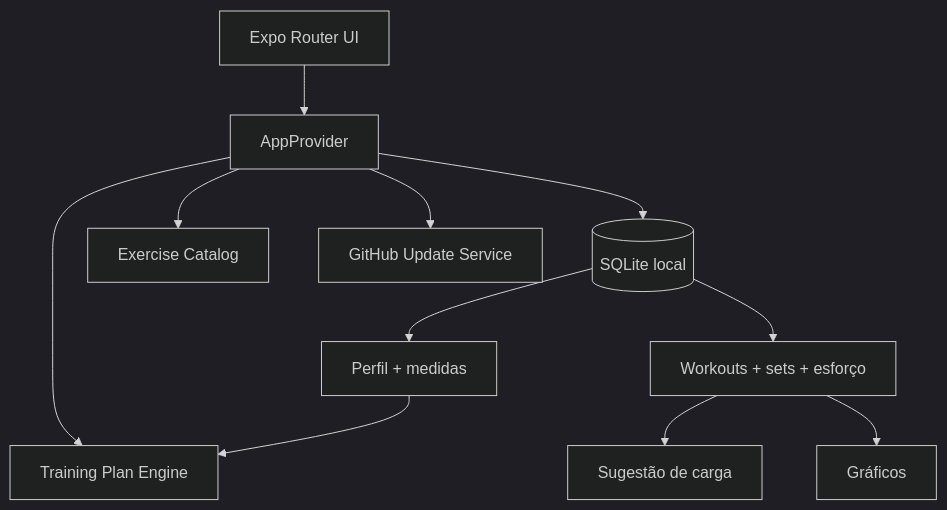
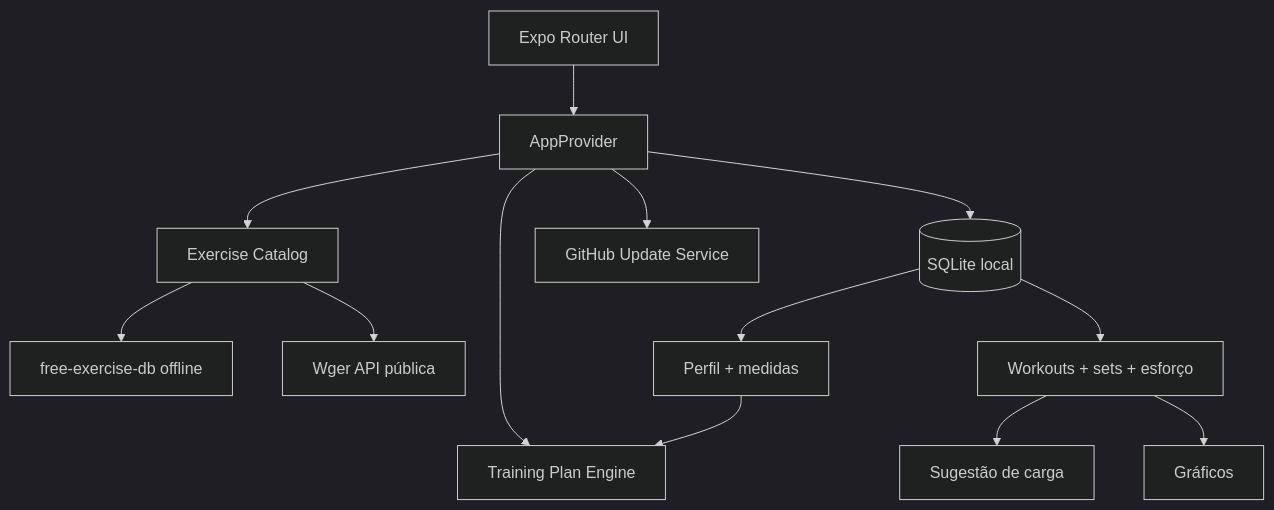
Before and after one commit to RaphaelTW/neolift-mobile: the diagram in README.md, drawn with Mermaid (dark theme). The commit also changed other lines of this file and 31 other files, not shown here.

````diff
--- a/README.md
+++ b/README.md
@@ -80,13 +96,15 @@
 ```mermaid
 flowchart TD
   UI[Expo Router UI] --> CTX[AppProvider]
   CTX --> DB[(SQLite local)]
   CTX --> PLAN[Training Plan Engine]
   CTX --> CAT[Exercise Catalog]
+  CAT --> FREE[free-exercise-db offline]
+  CAT --> WGER[Wger API pública]
   CTX --> UPD[GitHub Update Service]
   DB --> PROFILE[Perfil + medidas]
   DB --> WORKOUT[Workouts + sets + esforço]
   WORKOUT --> LOAD[Sugestão de carga]
   PROFILE --> PLAN
   WORKOUT --> CHARTS[Gráficos]
 ```
````
